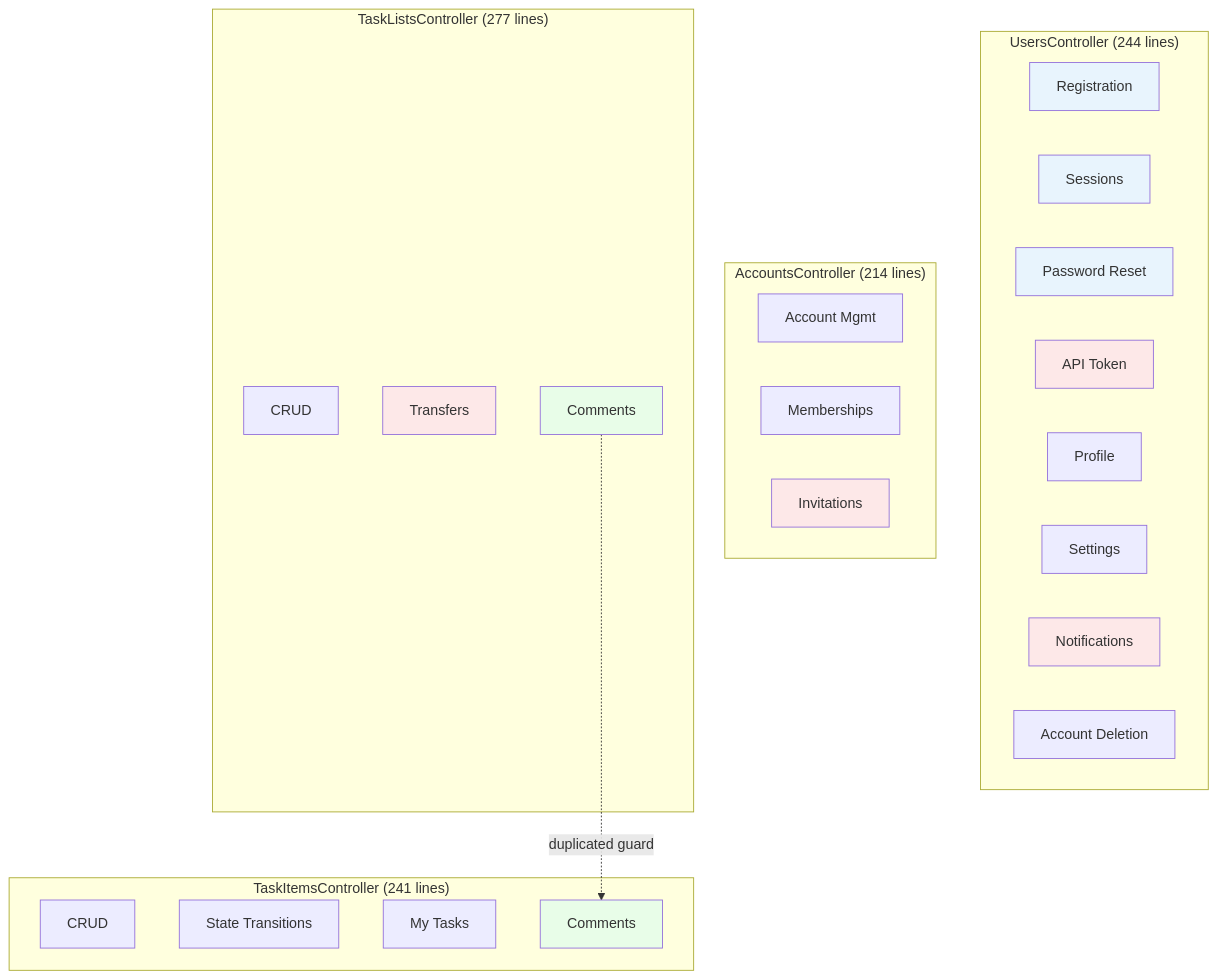
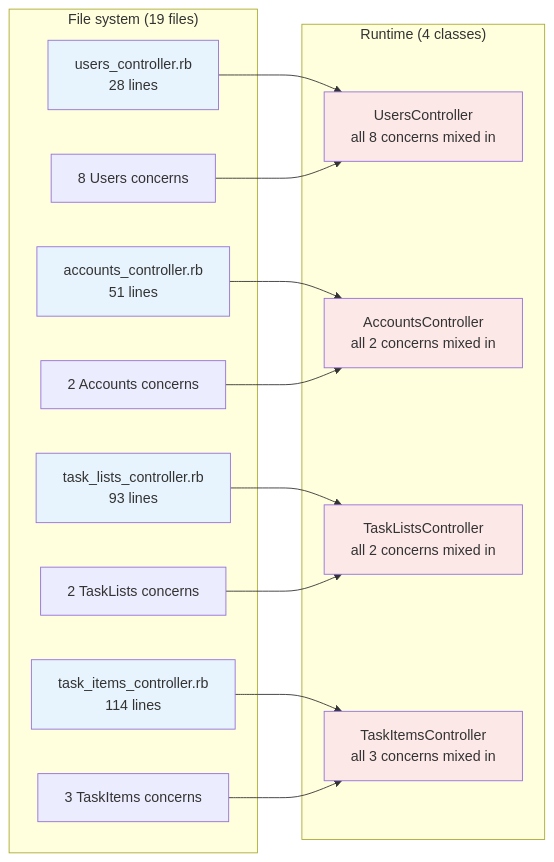
The second of 2 diagrams in README.md (railswhey/app), drawn with Mermaid before and after one commit. The commit also changed other lines of this file and 19 other files, not shown here.

Commit message:
1B: Extracting controller concerns into modules

````diff
--- a/README.md
+++ b/README.md
@@ -143,44 +114,38 @@
 ```mermaid
-flowchart TD
-  subgraph UsersController["UsersController (244 lines)"]
-    U1[Registration]
-    U2[Sessions]
-    U3[Password Reset]
-    U4[API Token]
-    U5[Profile]
-    U6[Settings]
-    U7[Notifications]
-    U8[Account Deletion]
+flowchart LR
+  subgraph FileSystem["File system (19 files)"]
+    UC[users_controller.rb<br/>28 lines]
+    AC[accounts_controller.rb<br/>51 lines]
+    TC[task_lists_controller.rb<br/>93 lines]
+    IC[task_items_controller.rb<br/>114 lines]
+    C1[8 Users concerns]
+    C2[2 Accounts concerns]
+    C3[2 TaskLists concerns]
+    C4[3 TaskItems concerns]
   end
 
-  subgraph AccountsController["AccountsController (214 lines)"]
-    A1[Account Mgmt]
-    A2[Memberships]
-    A3[Invitations]
+  subgraph Runtime["Runtime (4 classes)"]
+    UCR[UsersController<br/>all 8 concerns mixed in]
+    ACR[AccountsController<br/>all 2 concerns mixed in]
+    TCR[TaskListsController<br/>all 2 concerns mixed in]
+    ICR[TaskItemsController<br/>all 3 concerns mixed in]
   end
 
-  subgraph TaskListsController["TaskListsController (277 lines)"]
-    T1[CRUD]
-    T2[Transfers]
-    T3[Comments]
-  end
+  UC --> UCR
+  C1 --> UCR
+  AC --> ACR
+  C2 --> ACR
+  TC --> TCR
+  C3 --> TCR
+  IC --> ICR
+  C4 --> ICR
 
-  subgraph TaskItemsController["TaskItemsController (241 lines)"]
-    I1[CRUD]
-    I2[State Transitions]
-    I3[My Tasks]
-    I4[Comments]
-  end
-
-  T3 -. "duplicated guard" .-> I4
-
-  style U1 fill:#e8f4fd
-  style U2 fill:#e8f4fd
-  style U3 fill:#e8f4fd
-  style U7 fill:#fde8e8
-  style U4 fill:#fde8e8
-  style A3 fill:#fde8e8
-  style T2 fill:#fde8e8
-  style T3 fill:#e8fde8
-  style I4 fill:#e8fde8
+  style UC fill:#e8f4fd
+  style AC fill:#e8f4fd
+  style TC fill:#e8f4fd
+  style IC fill:#e8f4fd
+  style UCR fill:#fde8e8
+  style ACR fill:#fde8e8
+  style TCR fill:#fde8e8
+  style ICR fill:#fde8e8
 ```
````
